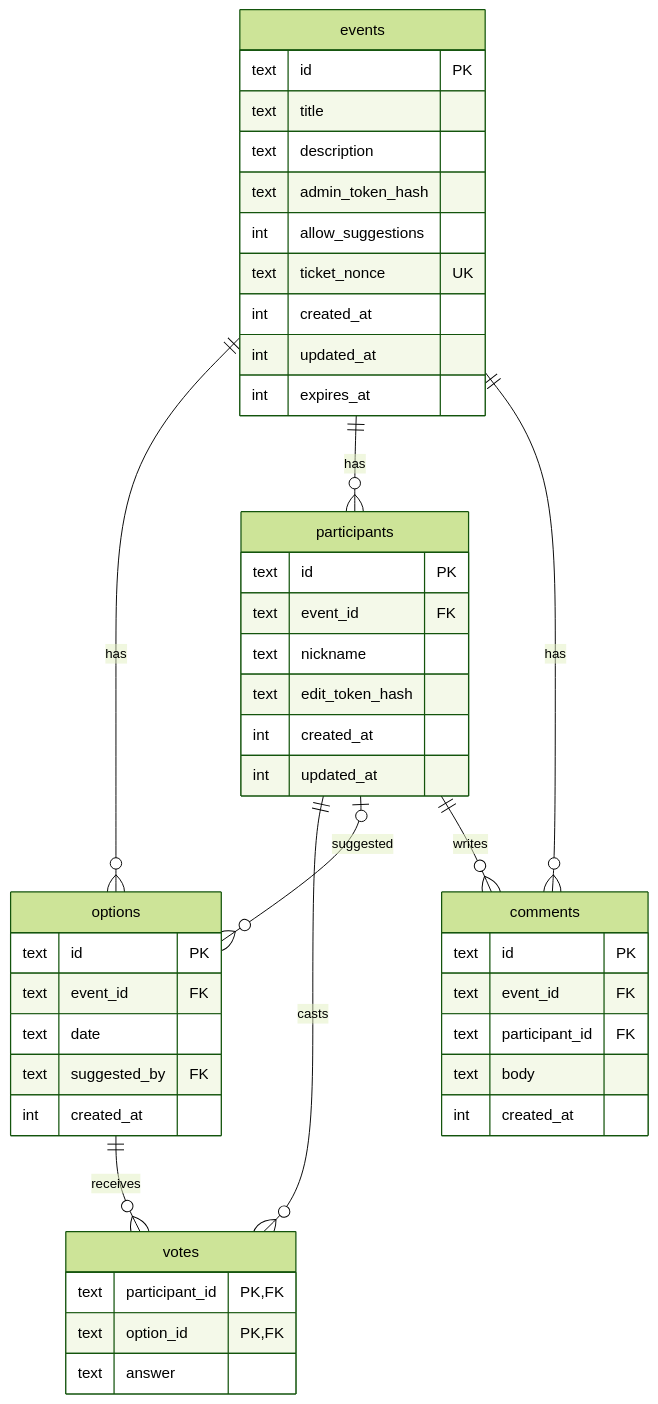
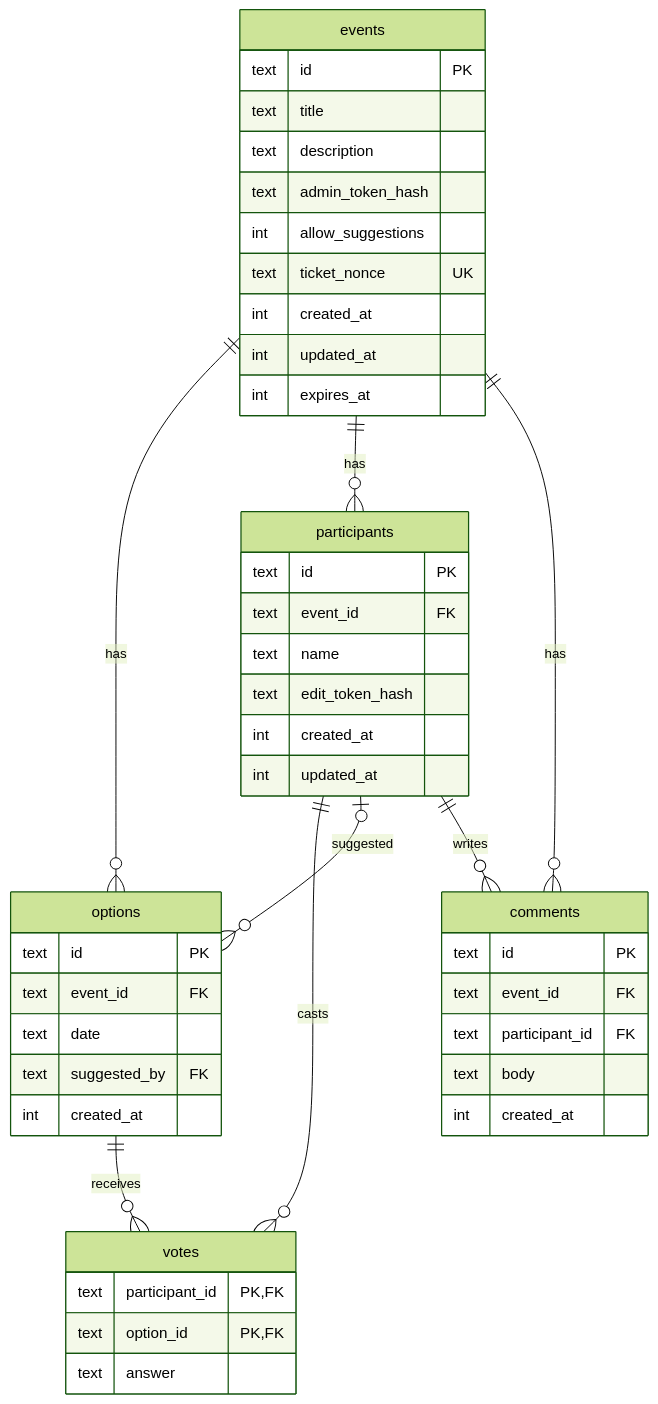
One commit to suomiton/pikadai changed the diagram in docs/database.md. Above: the diagram before and after it, drawn with Mermaid (forest theme). The commit also changed other lines of this file and 42 other files, not shown here.

First line of the commit message:
Answering in steps: Name tile first, own row until a date is answered, then everyone; nickname becomes name

````diff
--- a/docs/database.md
+++ b/docs/database.md
@@ -12,49 +12,49 @@
 ```mermaid
 erDiagram
     events ||--o{ options : "has"
     events ||--o{ participants : "has"
     participants ||--o{ votes : "casts"
     options ||--o{ votes : "receives"
     participants |o--o{ options : "suggested"
     events ||--o{ comments : "has"
     participants ||--o{ comments : "writes"
 
     events {
         text id PK
         text title
         text description
         text admin_token_hash
         int  allow_suggestions
         text ticket_nonce UK
         int  created_at
         int  updated_at
         int  expires_at
     }
     options {
         text id PK
         text event_id FK
         text date
         text suggested_by FK
         int  created_at
     }
     participants {
         text id PK
         text event_id FK
-        text nickname
+        text name
         text edit_token_hash
         int  created_at
         int  updated_at
     }
     votes {
         text participant_id PK,FK
         text option_id PK,FK
         text answer
     }
     comments {
         text id PK
         text event_id FK
         text participant_id FK
         text body
         int  created_at
     }
 ```
````
